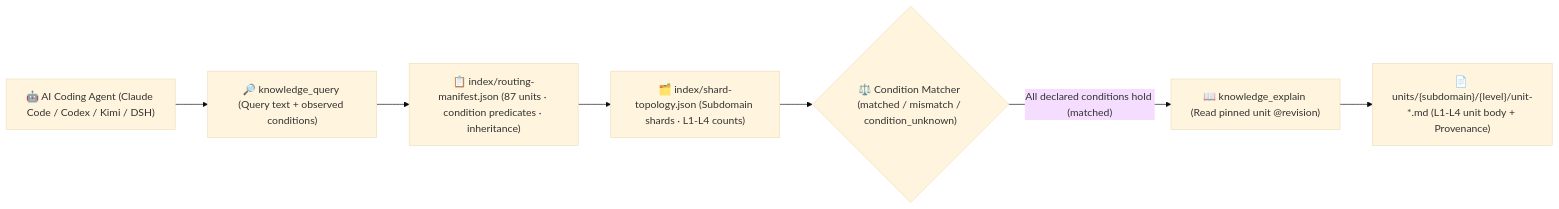
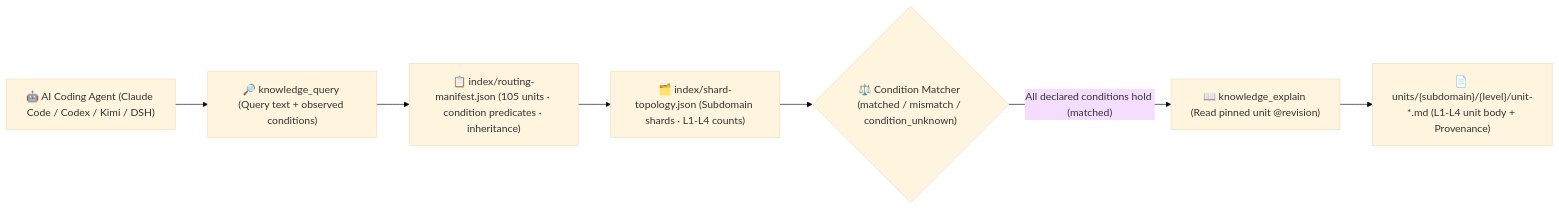
Before and after one commit to mindie-agent/knowledge-operators: the diagram in README.en.md, drawn with Mermaid (base theme). The commit also changed other lines of this file and 6 other files, not shown here.

````diff
--- a/README.en.md
+++ b/README.en.md
@@ -102,13 +102,13 @@
 ```mermaid
 flowchart LR
   Agent["🤖 AI Coding Agent (Claude Code / Codex / Kimi / DSH)"]
   Query["🔎 knowledge_query (Query text + observed conditions)"]
-  Manifest["📋 index/routing-manifest.json (87 units · condition predicates · inheritance)"]
+  Manifest["📋 index/routing-manifest.json (105 units · condition predicates · inheritance)"]
   Topology["🗂️ index/shard-topology.json (Subdomain shards · L1-L4 counts)"]
   Match{"⚖️ Condition Matcher (matched / mismatch / condition_unknown)"}
   Explain["📖 knowledge_explain (Read pinned unit @revision)"]
   Units["📄 units/{subdomain}/{level}/unit-*.md (L1-L4 unit body + Provenance)"]
 
   Agent --> Query --> Manifest --> Topology --> Match
   Match -- "All declared conditions hold (matched)" --> Explain --> Units
 ```
````
